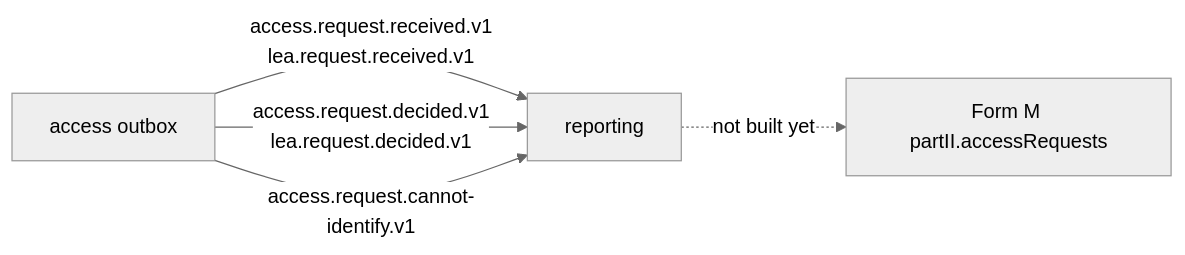
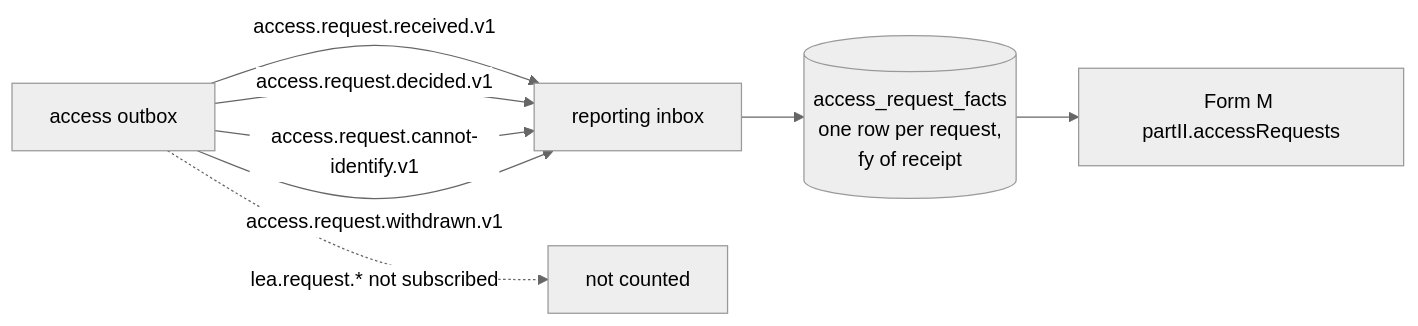
One commit to muliswilliam/adili-v3 changed the diagram in docs/contracts/10-access-requests.md. Above: the diagram before and after it, drawn with Mermaid (neutral theme). The commit also changed other lines of this file and 19 other files, not shown here.

First line of the commit message:
feat(reporting): Form M section 5 from access request events (#467)

````diff
--- a/docs/contracts/10-access-requests.md
+++ b/docs/contracts/10-access-requests.md
@@ -93,7 +93,10 @@
 ```mermaid
 flowchart LR
-  A[access outbox] -->|access.request.received.v1<br/>lea.request.received.v1| R[reporting]
-  A -->|access.request.decided.v1<br/>lea.request.decided.v1| R
+  A[access outbox] -->|access.request.received.v1| R[reporting inbox]
+  A -->|access.request.decided.v1| R
   A -->|access.request.cannot-identify.v1| R
-  R -.->|not built yet| S5[Form M partII.accessRequests]
+  A -->|access.request.withdrawn.v1| R
+  A -.->|lea.request.* not subscribed| N[not counted]
+  R --> F[(access_request_facts<br/>one row per request,<br/>fy of receipt)]
+  F --> S5[Form M partII.accessRequests]
 ```
````
